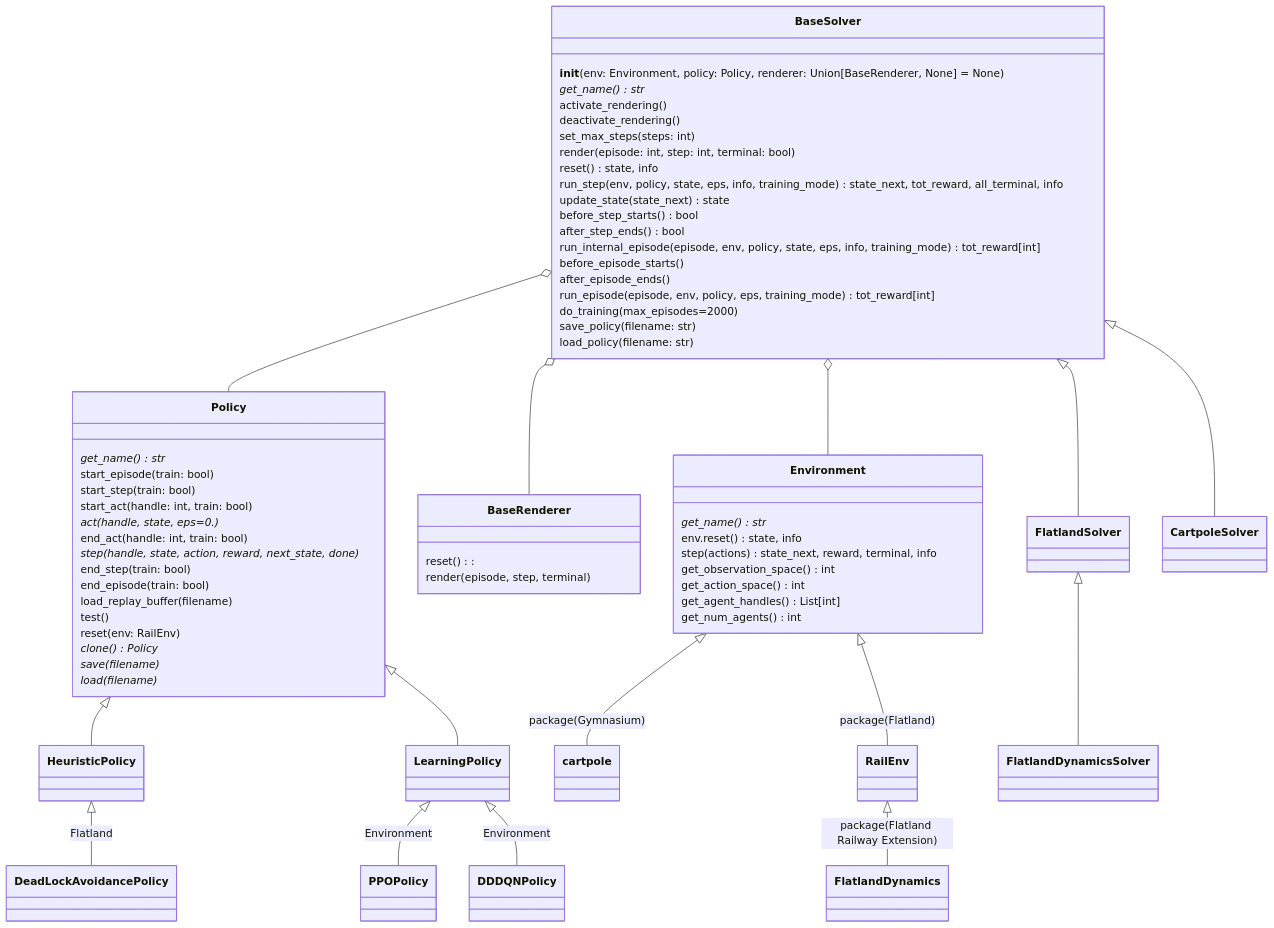
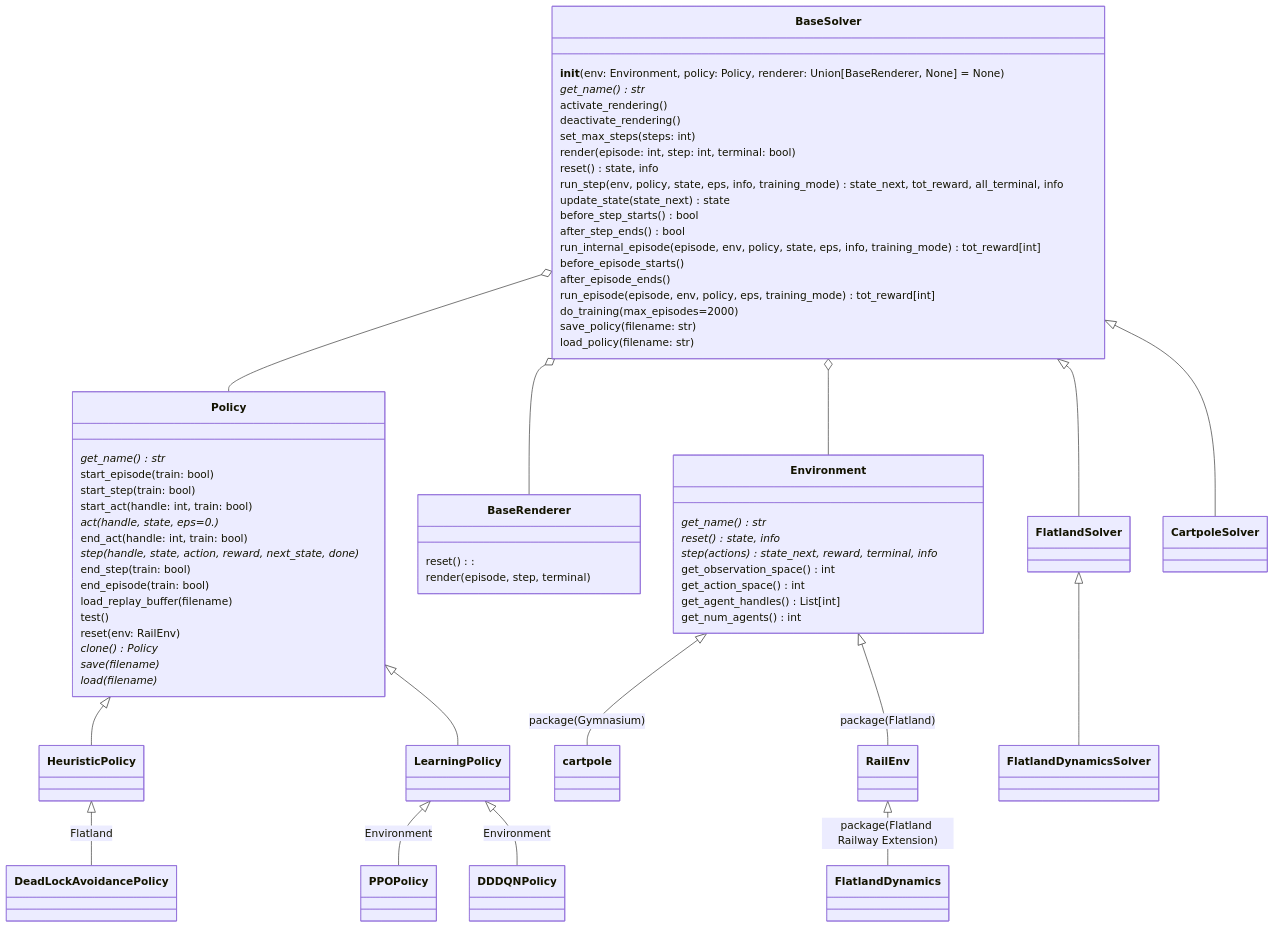
One commit to aiAdrian/flatland_solver_policy changed the second of 3 diagrams in README.md. Above: the diagram before and after it, drawn with Mermaid.

Commit message:
API changed

````diff
--- a/README.md
+++ b/README.md
@@ -33,78 +33,78 @@
 ```mermaid
 classDiagram
        
     BaseSolver o-- Policy
     BaseSolver o-- BaseRenderer
     BaseSolver o-- Environment
 
     Environment <|-- cartpole : package(Gymnasium)
     Environment <|-- RailEnv : package(Flatland)
     RailEnv <|-- FlatlandDynamics : package(Flatland Railway Extension)
     
     BaseSolver <|-- FlatlandSolver
     BaseSolver <|-- CartpoleSolver
     FlatlandSolver <|-- FlatlandDynamicsSolver
     
     Policy  <|-- HeuristicPolicy
 
     HeuristicPolicy  <|-- DeadLockAvoidancePolicy : Flatland
 
     Policy  <|-- LearningPolicy
 
     LearningPolicy <|-- PPOPolicy : Environment
     LearningPolicy <|-- DDDQNPolicy : Environment
 
     class Environment {
         get_name()* str       
-        env.reset() state, info
-        step(actions) state_next, reward, terminal, info
+        reset()* state, info
+        step(actions)* state_next, reward, terminal, info
         get_observation_space() int
         get_action_space() int
         get_agent_handles() List[int] 
         get_num_agents() int 
     }
 
     class Policy {
       get_name()* str
       start_episode(train: bool)
       start_step(train: bool)
       start_act(handle: int, train: bool)
       act(handle, state, eps=0.)*
       end_act(handle: int, train: bool)
       step(handle, state, action, reward, next_state, done)*
       end_step(train: bool)
       end_episode(train: bool)
       load_replay_buffer(filename)
       test()
       reset(env: RailEnv)
       clone()* Policy
       save(filename)*
       load(filename)* 
     }
 
     class BaseRenderer {
         reset():
         render(episode, step, terminal)
     }
 
     class BaseSolver {
         __init__(env: Environment, policy: Policy, renderer: Union[BaseRenderer, None] = None)
         get_name()* str
         activate_rendering()
         deactivate_rendering()
         set_max_steps(steps: int)
         render(episode: int, step: int, terminal: bool)
         reset() state, info
         run_step(env, policy, state, eps, info, training_mode) state_next, tot_reward, all_terminal, info
         update_state(state_next) state
         before_step_starts() bool
         after_step_ends() bool
         run_internal_episode( episode, env, policy, state, eps, info, training_mode) tot_reward[int]
         before_episode_starts()
         after_episode_ends()
         run_episode(episode, env, policy, eps, training_mode) tot_reward[int]
         do_training(max_episodes=2000)
         save_policy(filename: str)
         load_policy(filename: str)
     }
 ``` 
````
